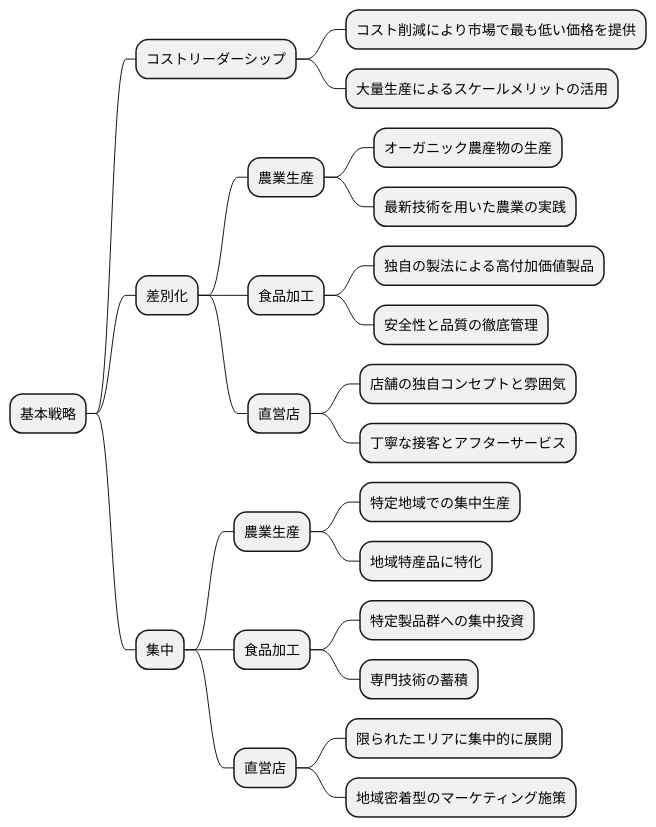
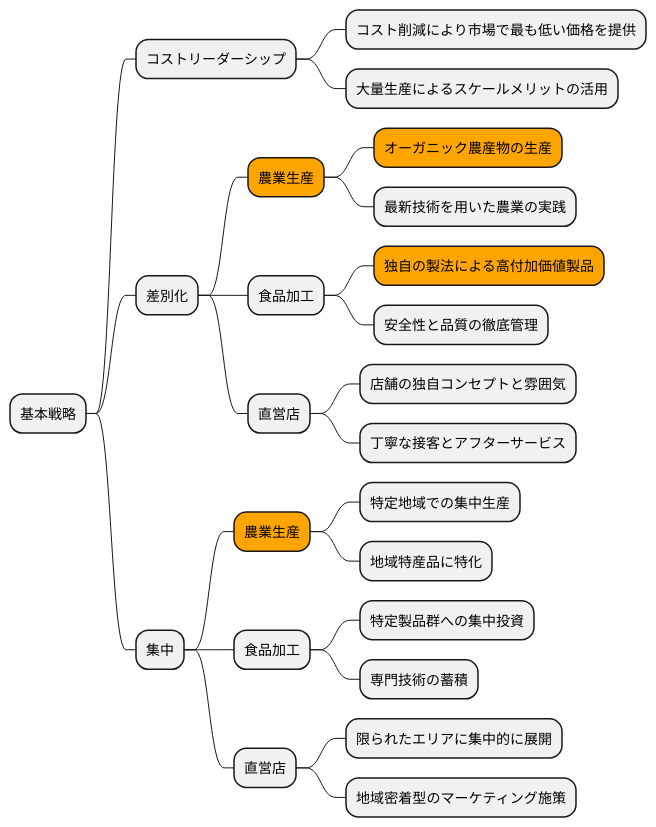
The seventh of 15 diagrams in docs/case/r04_case_1.adoc (k2works/case-sutudy-business-analysis), drawn with PlantUML before and after one commit. The commit also changed other lines of this file, not shown here.

```diff
--- a/docs/case/r04_case_1.adoc
+++ b/docs/case/r04_case_1.adoc
@@ -301,29 +374,29 @@
 [plantuml]
 ----
 @startmindmap
 * 基本戦略
 ** コストリーダーシップ
 *** コスト削減により市場で最も低い価格を提供
 *** 大量生産によるスケールメリットの活用
 ** 差別化
-*** 農業生産
-**** オーガニック農産物の生産
+***[#orange] 農業生産
+****[#orange] オーガニック農産物の生産
 **** 最新技術を用いた農業の実践
 *** 食品加工
-**** 独自の製法による高付加価値製品
+****[#orange] 独自の製法による高付加価値製品
 **** 安全性と品質の徹底管理
 *** 直営店
 **** 店舗の独自コンセプトと雰囲気
 **** 丁寧な接客とアフターサービス
 ** 集中
-*** 農業生産
+***[#orange] 農業生産
 **** 特定地域での集中生産
 **** 地域特産品に特化
 *** 食品加工
 **** 特定製品群への集中投資
 **** 専門技術の蓄積
 *** 直営店
 **** 限られたエリアに集中的に展開
 **** 地域密着型のマーケティング施策
 @endmindmap
 ----
```
